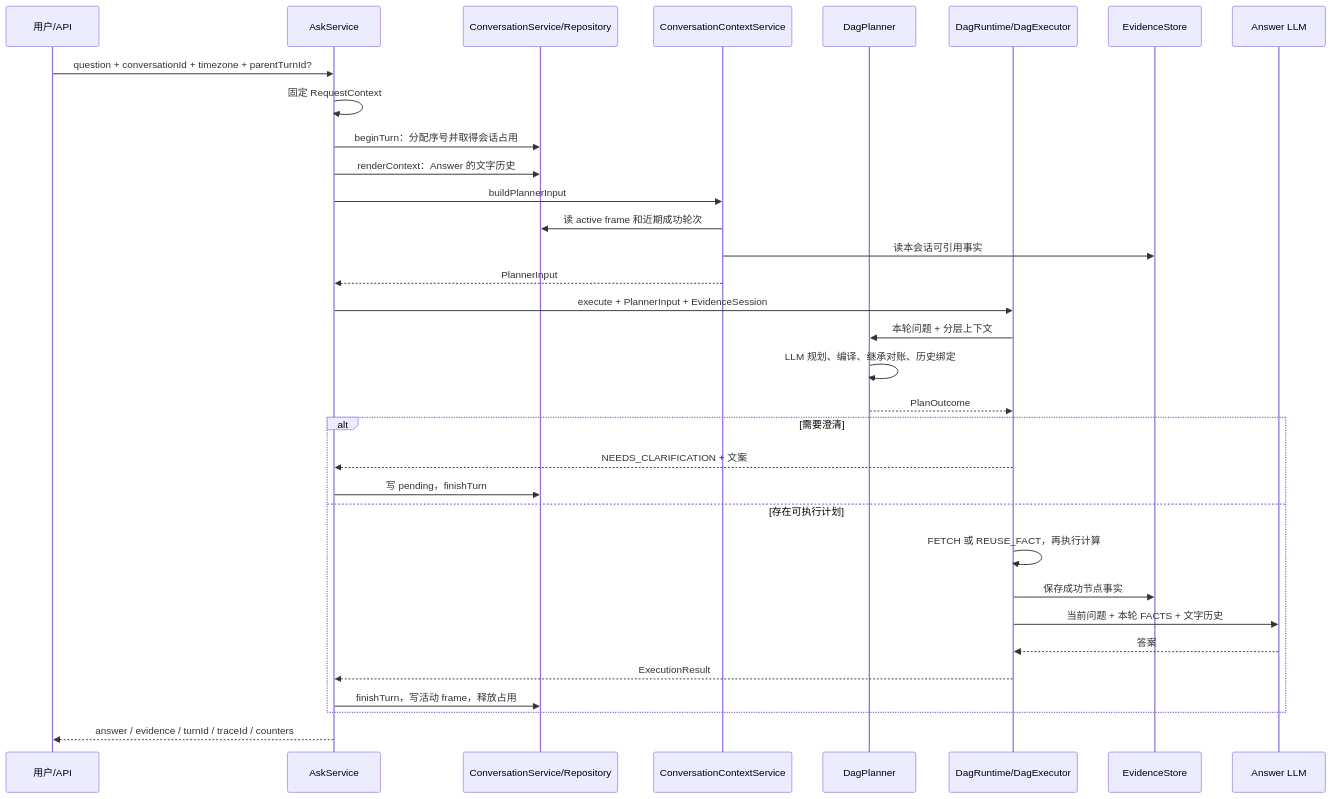
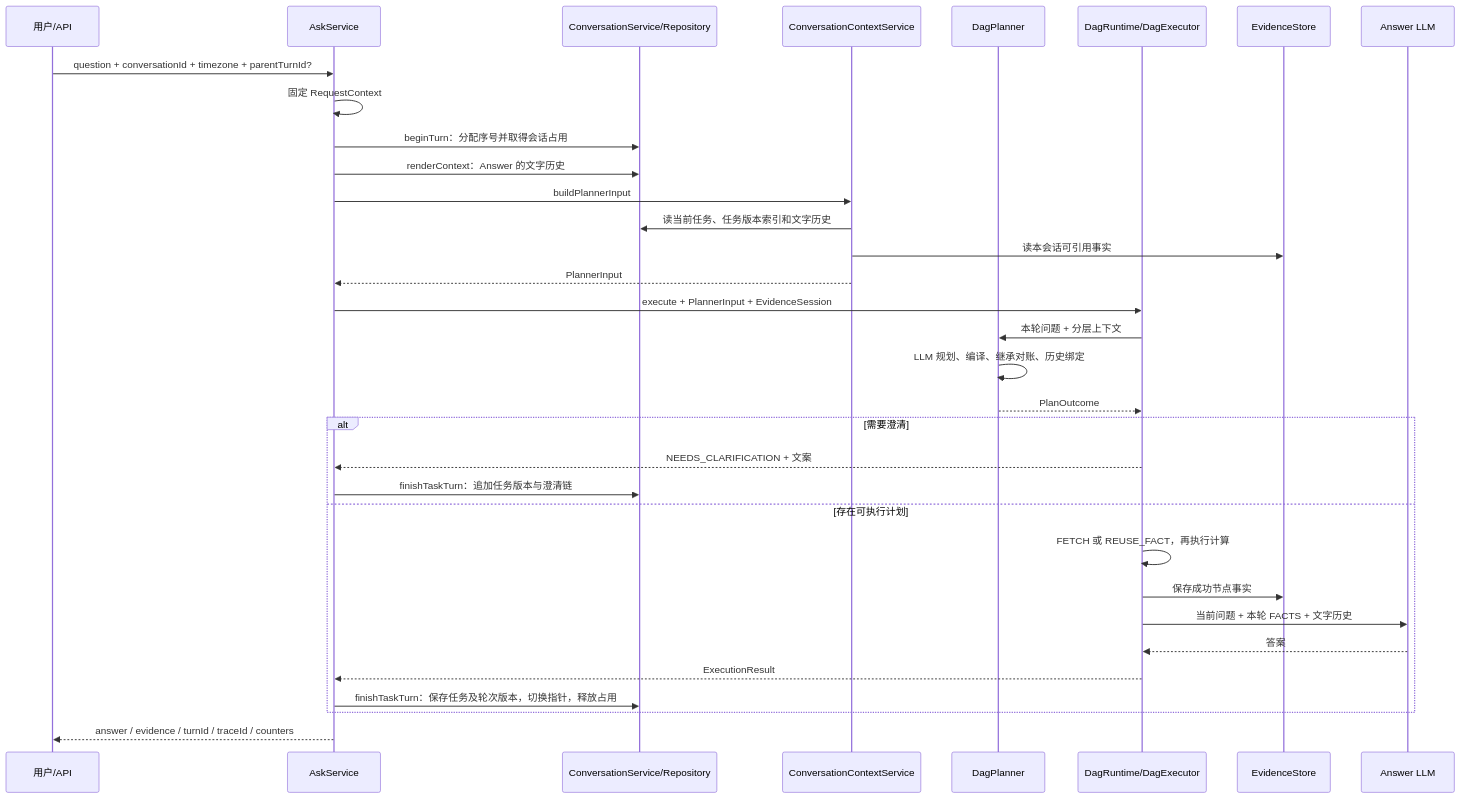
The diagram in docs/上下文管理.md (wztbbs/CEXPilot), drawn with Mermaid before and after one commit. The commit also changed other lines of this file and 29 other files, not shown here.

````diff
--- a/docs/上下文管理.md
+++ b/docs/上下文管理.md
@@ -71,35 +72,35 @@
 ```mermaid
 sequenceDiagram
     participant U as 用户/API
     participant A as AskService
     participant C as ConversationService/Repository
     participant X as ConversationContextService
     participant P as DagPlanner
     participant R as DagRuntime/DagExecutor
     participant E as EvidenceStore
     participant L as Answer LLM
     U->>A: question + conversationId + timezone + parentTurnId?
     A->>A: 固定 RequestContext
     A->>C: beginTurn：分配序号并取得会话占用
     A->>C: renderContext：Answer 的文字历史
     A->>X: buildPlannerInput
-    X->>C: 读 active frame 和近期成功轮次
+    X->>C: 读当前任务、任务版本索引和文字历史
     X->>E: 读本会话可引用事实
     X-->>A: PlannerInput
     A->>R: execute + PlannerInput + EvidenceSession
     R->>P: 本轮问题 + 分层上下文
     P->>P: LLM 规划、编译、继承对账、历史绑定
     P-->>R: PlanOutcome
     alt 需要澄清
         R-->>A: NEEDS_CLARIFICATION + 文案
-        A->>C: 写 pending，finishTurn
+        A->>C: finishTaskTurn：追加任务版本与澄清链
     else 存在可执行计划
         R->>R: FETCH 或 REUSE_FACT，再执行计算
         R->>E: 保存成功节点事实
         R->>L: 当前问题 + 本轮 FACTS + 文字历史
         L-->>R: 答案
         R-->>A: ExecutionResult
-        A->>C: finishTurn，写活动 frame，释放占用
+        A->>C: finishTaskTurn：保存任务及轮次版本，切换指针，释放占用
     end
     A-->>U: answer / evidence / turnId / traceId / counters
 ```
````
